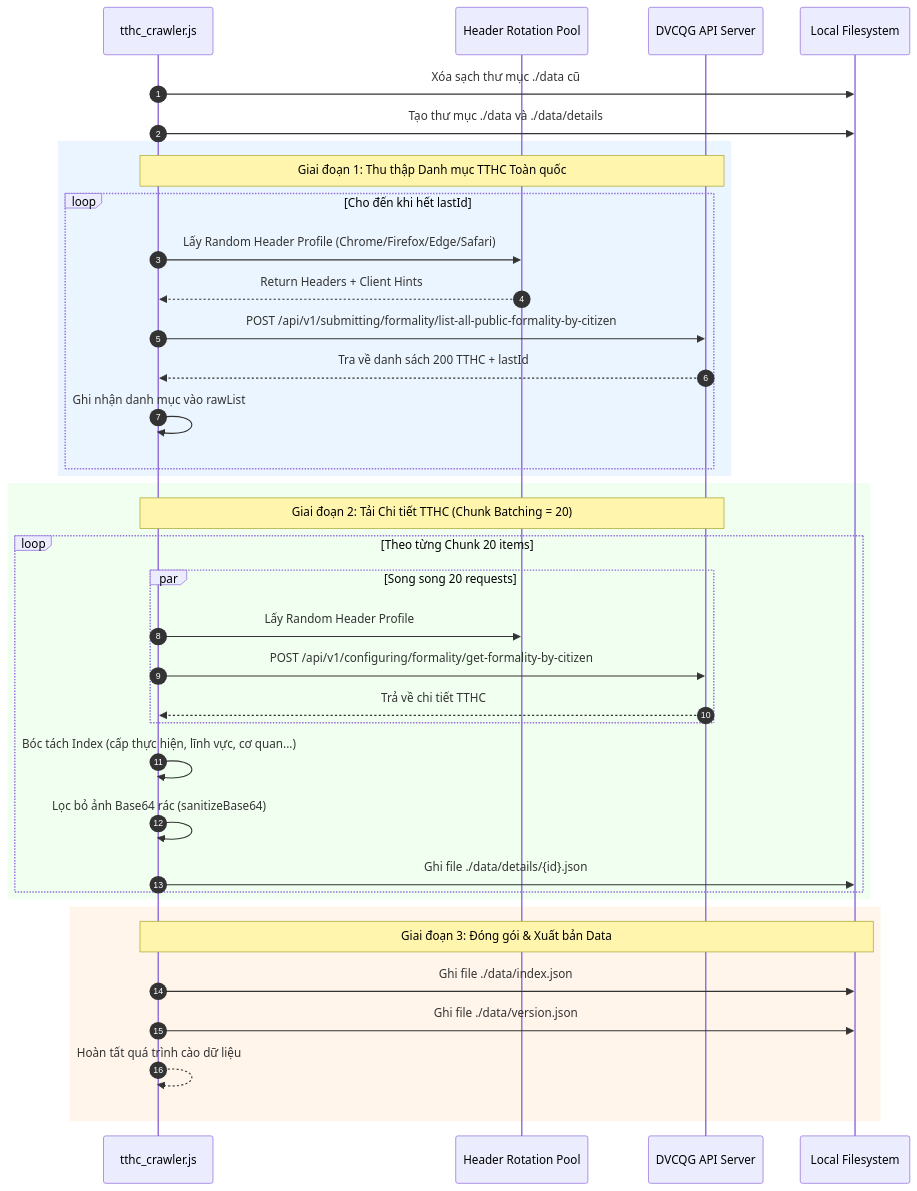
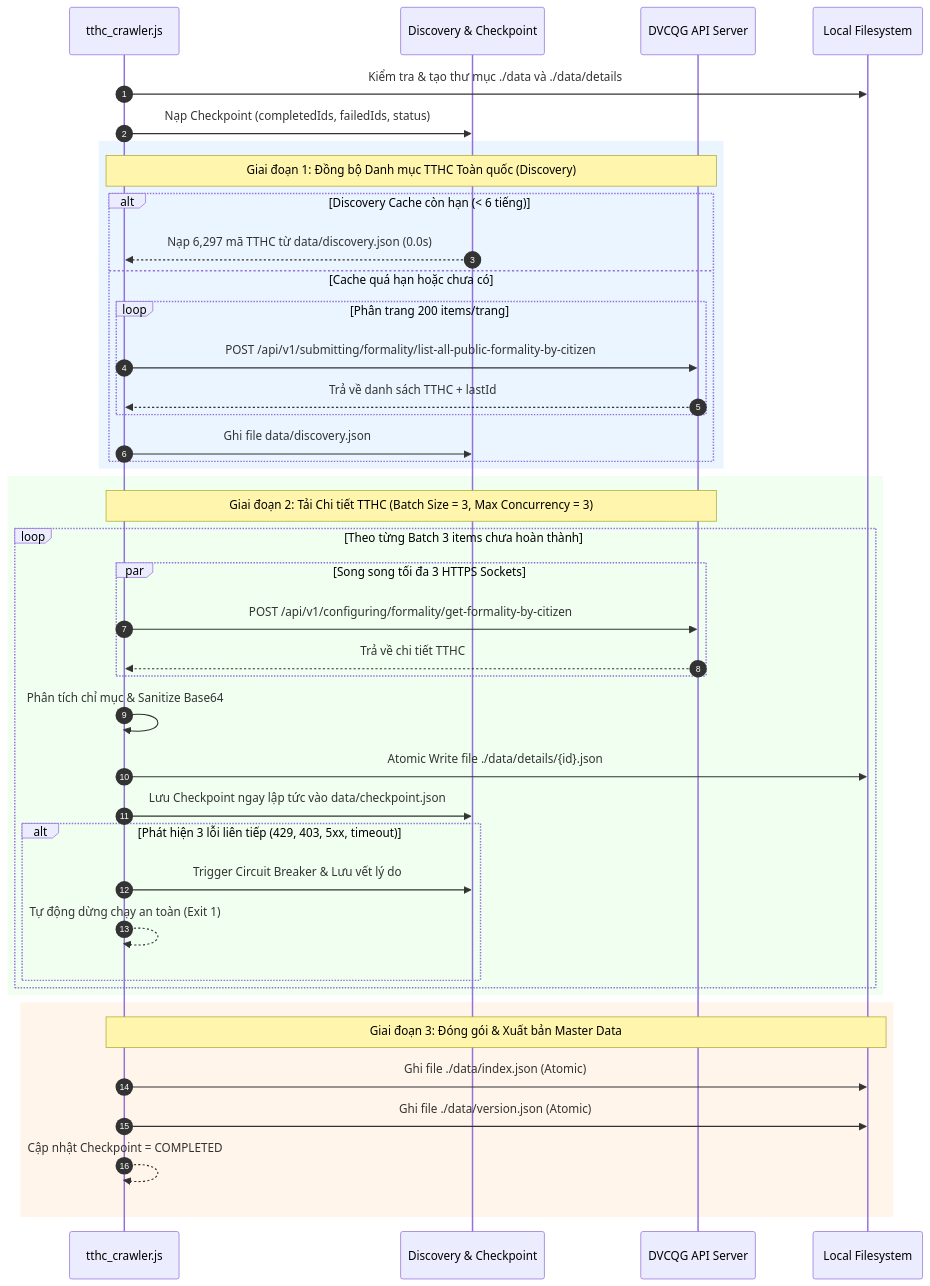
The second of 2 diagrams in README.md (duynghiaqn/Crawler-TTHC), drawn with Mermaid before and after one commit. The commit also changed other lines of this file, not shown here.

Commit message:
docs: update README with tthc_crawler.js, max 3 concurrency, discovery caching, and atomic checkpointing

````diff
--- a/README.md
+++ b/README.md
@@ -58,43 +61,48 @@
 ```mermaid
 sequenceDiagram
     autonumber
     participant App as tthc_crawler.js
-    participant Pool as Header Rotation Pool
+    participant Cache as Discovery & Checkpoint
     participant API as DVCQG API Server
     participant FS as Local Filesystem
 
-    App->>FS: Xóa sạch thư mục ./data cũ
-    App->>FS: Tạo thư mục ./data và ./data/details
+    App->>FS: Kiểm tra & tạo thư mục ./data và ./data/details
+    App->>Cache: Nạp Checkpoint (completedIds, failedIds, status)
     
     rect rgb(235, 245, 255)
-        note over App, API: Giai đoạn 1: Thu thập Danh mục TTHC Toàn quốc
-        loop Cho đến khi hết lastId
-            App->>Pool: Lấy Random Header Profile (Chrome/Firefox/Edge/Safari)
-            Pool-->>App: Return Headers + Client Hints
-            App->>API: POST /api/v1/submitting/formality/list-all-public-formality-by-citizen
-            API-->>App: Tra về danh sách 200 TTHC + lastId
-            App->>App: Ghi nhận danh mục vào rawList
+        note over App, API: Giai đoạn 1: Đồng bộ Danh mục TTHC Toàn quốc (Discovery)
+        alt Discovery Cache còn hạn (< 6 tiếng)
+            Cache-->>App: Nạp 6,297 mã TTHC từ data/discovery.json (0.0s)
+        else Cache quá hạn hoặc chưa có
+            loop Phân trang 200 items/trang
+                App->>API: POST /api/v1/submitting/formality/list-all-public-formality-by-citizen
+                API-->>App: Trả về danh sách TTHC + lastId
+            end
+            App->>Cache: Ghi file data/discovery.json
         end
     end
 
     rect rgb(240, 255, 240)
-        note over App, API: Giai đoạn 2: Tải Chi tiết TTHC (Chunk Batching = 20)
-        loop Theo từng Chunk 20 items
-            par Song song 20 requests
-                App->>Pool: Lấy Random Header Profile
+        note over App, API: Giai đoạn 2: Tải Chi tiết TTHC (Batch Size = 3, Max Concurrency = 3)
+        loop Theo từng Batch 3 items chưa hoàn thành
+            par Song song tối đa 3 HTTPS Sockets
                 App->>API: POST /api/v1/configuring/formality/get-formality-by-citizen
                 API-->>App: Trả về chi tiết TTHC
             end
-            App->>App: Bóc tách Index (cấp thực hiện, lĩnh vực, cơ quan...)
-            App->>App: Lọc bỏ ảnh Base64 rác (sanitizeBase64)
-            App->>FS: Ghi file ./data/details/{id}.json
+            App->>App: Phân tích chỉ mục & Sanitize Base64
+            App->>FS: Atomic Write file ./data/details/{id}.json
+            App->>Cache: Lưu Checkpoint ngay lập tức vào data/checkpoint.json
+            alt Phát hiện 3 lỗi liên tiếp (429, 403, 5xx, timeout)
+                App->>Cache: Trigger Circuit Breaker & Lưu vết lý do
+                App-->>App: Tự động dừng chạy an toàn (Exit 1)
+            end
         end
     end
 
     rect rgb(255, 245, 235)
-        note over App, FS: Giai đoạn 3: Đóng gói & Xuất bản Data
-        App->>FS: Ghi file ./data/index.json
-        App->>FS: Ghi file ./data/version.json
-        App-->>App: Hoàn tất quá trình cào dữ liệu
+        note over App, FS: Giai đoạn 3: Đóng gói & Xuất bản Master Data
+        App->>FS: Ghi file ./data/index.json (Atomic)
+        App->>FS: Ghi file ./data/version.json (Atomic)
+        App-->>App: Cập nhật Checkpoint = COMPLETED
     end
 ```
````
